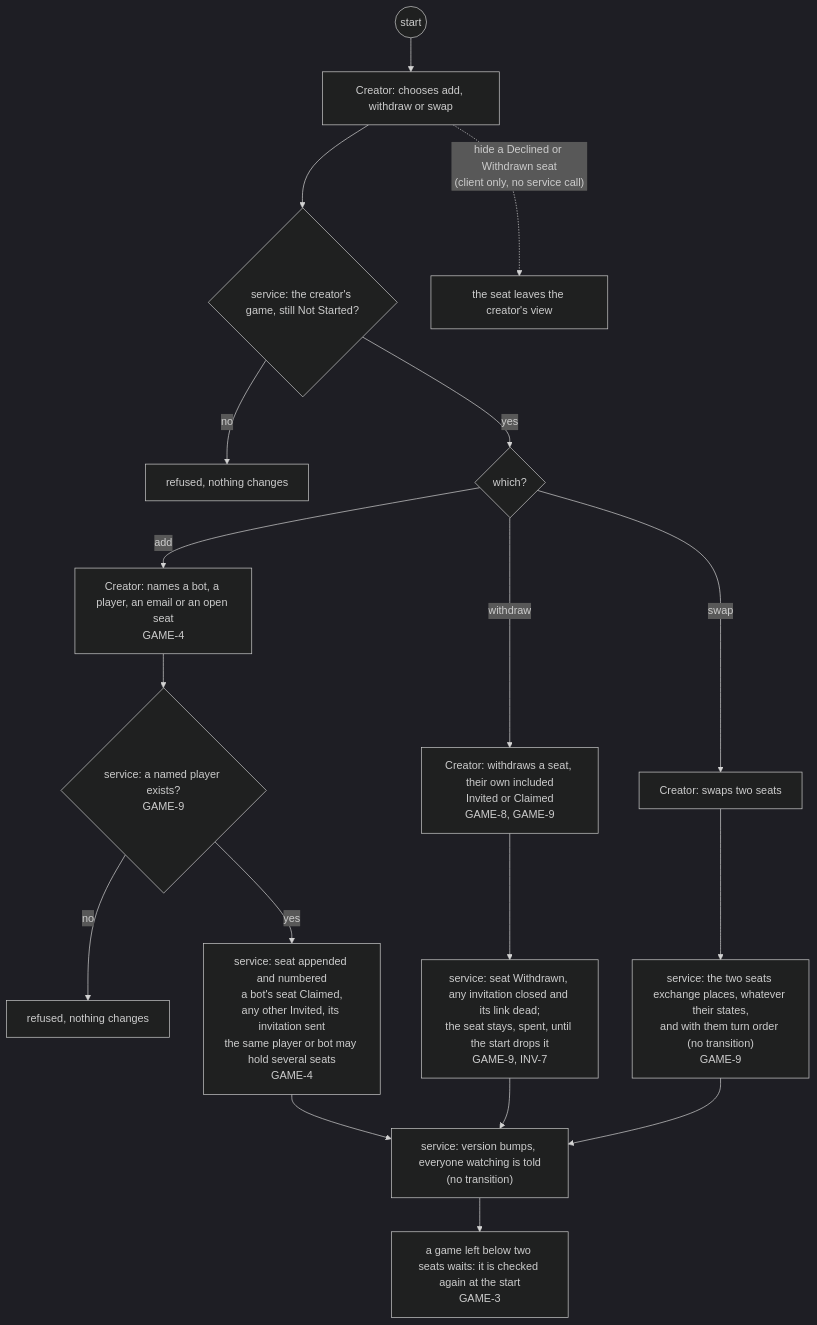
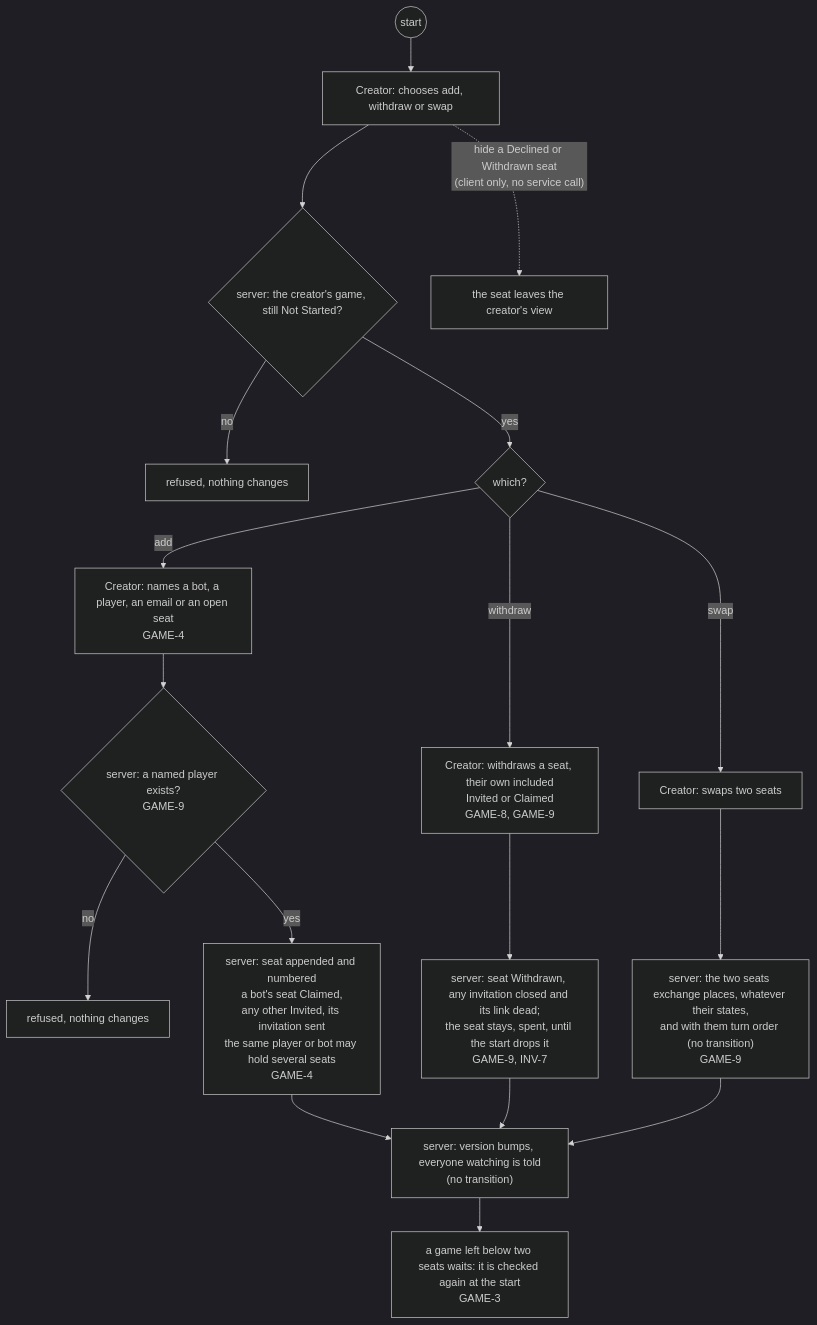
The ninth of 29 diagrams in docs/changes/workstreams/application-game-architecture/71-one-game-model/71-functional.md (delphside/programme), drawn with Mermaid (dark theme) before and after one commit. The commit also changed other lines of this file, not shown here.

First line of the commit message:
app 0.9.2 api 2.16: 71: Tile Lite Elite Server, server steps, and question references name #71

````diff
--- a/docs/changes/workstreams/application-game-architecture/71-one-game-model/71-functional.md
+++ b/docs/changes/workstreams/application-game-architecture/71-one-game-model/71-functional.md
@@ -207,20 +207,20 @@
 ```mermaid
 flowchart TD
   s0((start)) --> c1["Creator: chooses add, withdraw or swap"]
-  c1 --> v1{"service: the creator's game, still Not Started?"}
+  c1 --> v1{"server: the creator's game, still Not Started?"}
   v1 -- no --> r1["refused, nothing changes"]
   v1 -- yes --> d0{"which?"}
   d0 -- add --> c2["Creator: names a bot, a player, an email or an open seat<br/>GAME-4"]
-  c2 --> v2{"service: a named player exists?<br/>GAME-9"}
+  c2 --> v2{"server: a named player exists?<br/>GAME-9"}
   v2 -- no --> r2["refused, nothing changes"]
-  v2 -- yes --> t1["service: seat appended and numbered<br/>a bot's seat Claimed,<br/>any other Invited, its invitation sent<br/>the same player or bot may hold several seats<br/>GAME-4"]
+  v2 -- yes --> t1["server: seat appended and numbered<br/>a bot's seat Claimed,<br/>any other Invited, its invitation sent<br/>the same player or bot may hold several seats<br/>GAME-4"]
   c1 -. "hide a Declined or Withdrawn seat<br/>(client only, no service call)" .-> h1["the seat leaves the creator's view"]
   d0 -- withdraw --> c3["Creator: withdraws a seat, their own included<br/>Invited or Claimed<br/>GAME-8, GAME-9"]
-  c3 --> t2["service: seat Withdrawn, any invitation closed and its link dead;<br/>the seat stays, spent, until the start drops it<br/>GAME-9, INV-7"]
+  c3 --> t2["server: seat Withdrawn, any invitation closed and its link dead;<br/>the seat stays, spent, until the start drops it<br/>GAME-9, INV-7"]
   d0 -- swap --> c4["Creator: swaps two seats"]
-  c4 --> t3["service: the two seats exchange places, whatever their states,<br/>and with them turn order (no transition)<br/>GAME-9"]
-  t1 --> t4["service: version bumps, everyone watching is told<br/>(no transition)"]
+  c4 --> t3["server: the two seats exchange places, whatever their states,<br/>and with them turn order (no transition)<br/>GAME-9"]
+  t1 --> t4["server: version bumps, everyone watching is told<br/>(no transition)"]
   t2 --> t4
   t3 --> t4
   t4 --> n0["a game left below two seats waits: it is checked again at the start<br/>GAME-3"]
 ```
````
